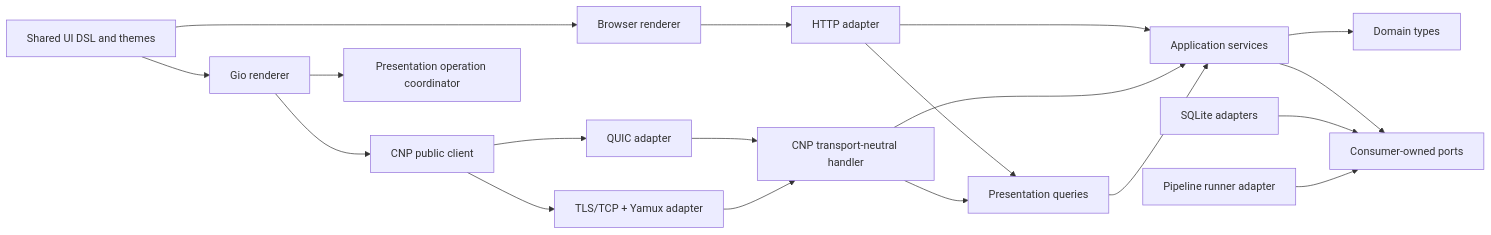
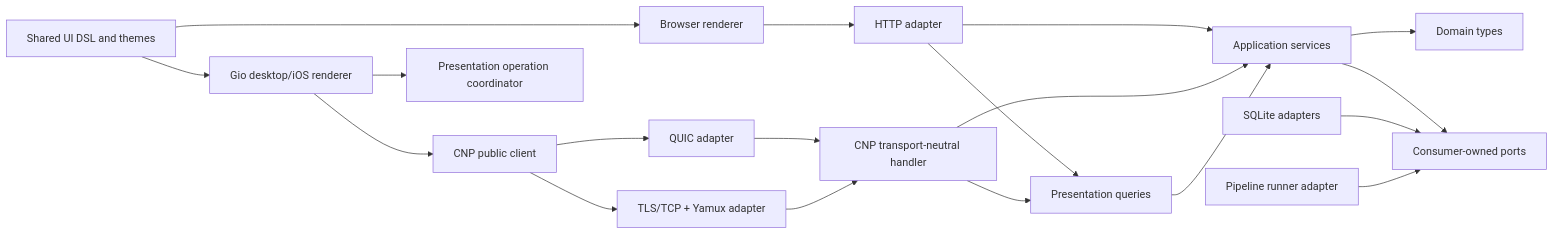
One commit to izzyreal/ciwi changed the first of 4 diagrams in docs/architecture.md. Above: the diagram before and after it, drawn with Mermaid. The commit also changed other lines of this file and 19 other files, not shown here.

````diff
--- a/docs/architecture.md
+++ b/docs/architecture.md
@@ -14,21 +14,21 @@
 ```mermaid
 flowchart LR
   WEB[Browser renderer] --> HTTP[HTTP adapter]
-  GIO[Gio renderer] --> CNPCLIENT[CNP public client]
+  GIO[Gio desktop/iOS renderer] --> CNPCLIENT[CNP public client]
   GIO --> OPS[Presentation operation coordinator]
   HTTP --> APP[Application services]
   CNP[CNP transport-neutral handler] --> APP
   QUIC[QUIC adapter] --> CNP
   TCP[TLS/TCP + Yamux adapter] --> CNP
   CNPCLIENT --> QUIC
   CNPCLIENT --> TCP
   APP --> DOMAIN[Domain types]
   PRES[Presentation queries] --> APP
   HTTP --> PRES
   CNP --> PRES
   APP --> PORTS[Consumer-owned ports]
   SQLITE[SQLite adapters] --> PORTS
   RUNNER[Pipeline runner adapter] --> PORTS
   DSL[Shared UI DSL and themes] --> WEB
   DSL --> GIO
 ```
````
